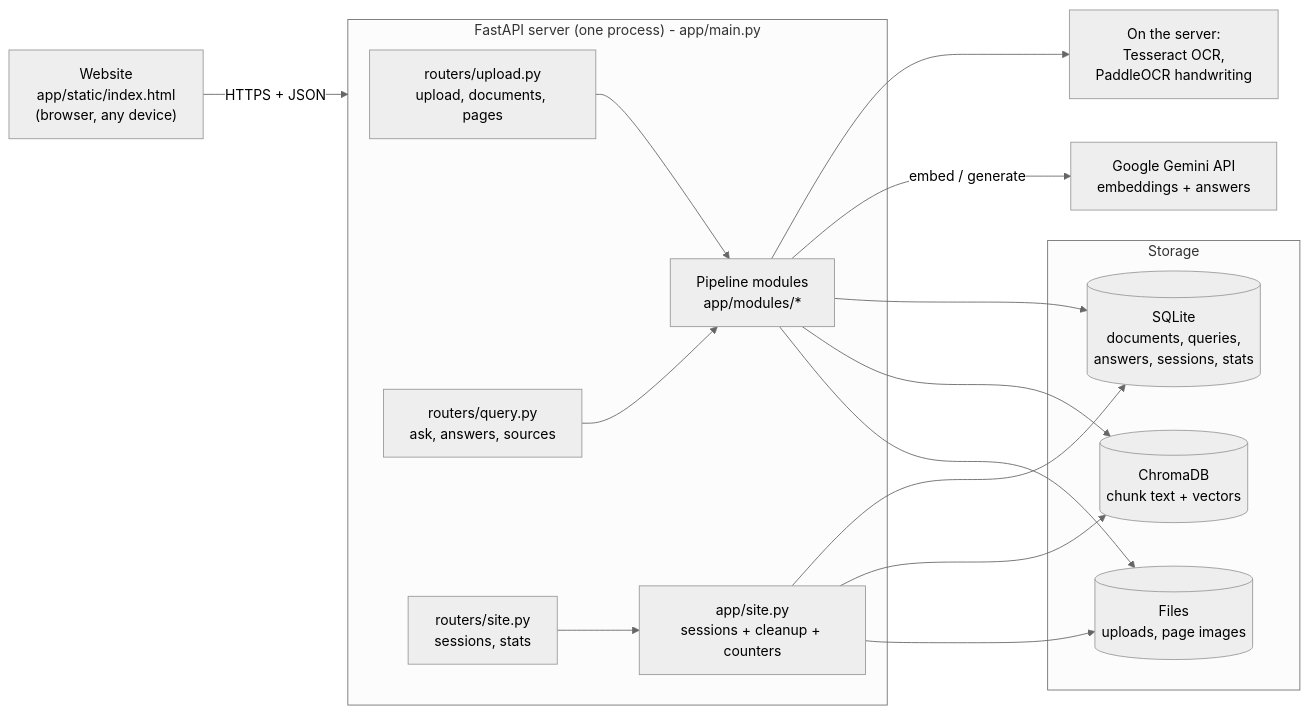
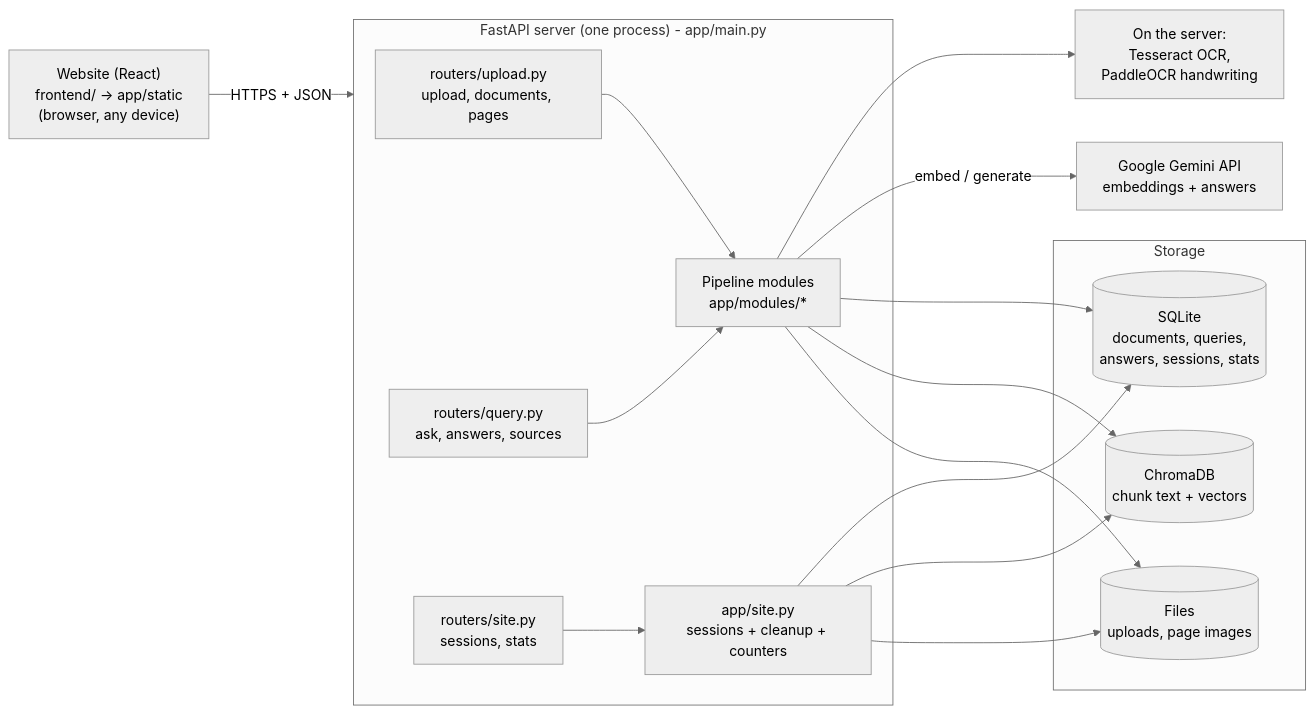
Before and after one commit to om-upadhye/DocBlendAI: the first of 8 diagrams in README.md, drawn with Mermaid (neutral theme). The commit also changed other lines of this file and 25 other files, not shown here.

First line of the commit message:
New React website: metallic keys, trays and knobs, light and dark themes, phone tabs

````diff
--- a/README.md
+++ b/README.md
@@ -42,30 +42,30 @@
 ```mermaid
 flowchart LR
-    W["Website<br/>app/static/index.html<br/>(browser, any device)"]
+    W["Website (React)<br/>frontend/ → app/static<br/>(browser, any device)"]
 
     subgraph Server["FastAPI server (one process) - app/main.py"]
         R1["routers/upload.py<br/>upload, documents, pages"]
         R2["routers/query.py<br/>ask, answers, sources"]
         R3["routers/site.py<br/>sessions, stats"]
         P["Pipeline modules<br/>app/modules/*"]
         S["app/site.py<br/>sessions + cleanup + counters"]
     end
 
     subgraph Storage
         DB[("SQLite<br/>documents, queries,<br/>answers, sessions, stats")]
         V[("ChromaDB<br/>chunk text + vectors")]
         F[("Files<br/>uploads, page images")]
     end
 
     G["Google Gemini API<br/>embeddings + answers"]
     T["On the server:<br/>Tesseract OCR,<br/>PaddleOCR handwriting"]
 
     W -- "HTTPS + JSON" --> Server
     R1 --> P
     R2 --> P
     R3 --> S
     P --> T
     P -- "embed / generate" --> G
     P --> DB & V & F
     S --> DB & V & F
 ```
````
